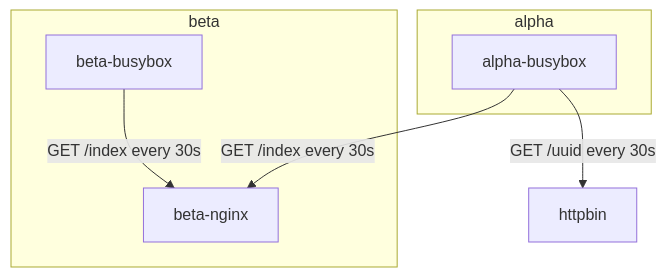
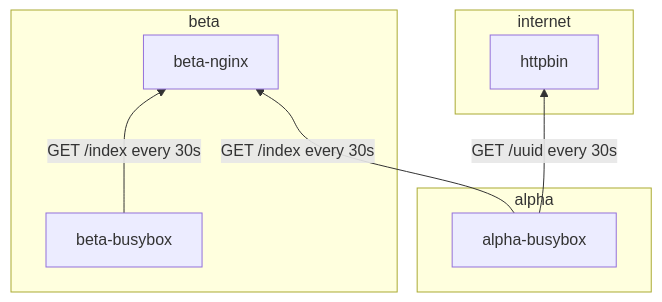
The diagram in README.md (floriandorau/k8s-network-profiles), drawn with Mermaid before and after one commit. The commit also changed other lines of this file, not shown here.

````diff
--- a/README.md
+++ b/README.md
@@ -7,11 +7,13 @@
 ```mermaid
-flowchart TD
-    alpha-busybox-- GET /uuid every 30s -->httpbin
+flowchart BT
+    subgraph internet
+        httpbin
+    end
     subgraph alpha
-        alpha-busybox
+        alpha-busybox-- GET /uuid every 30s -->httpbin
     end
     subgraph beta
         alpha-busybox-- GET /index every 30s -->beta-nginx
         beta-busybox-- GET /index every 30s -->beta-nginx
     end
 ```
````
